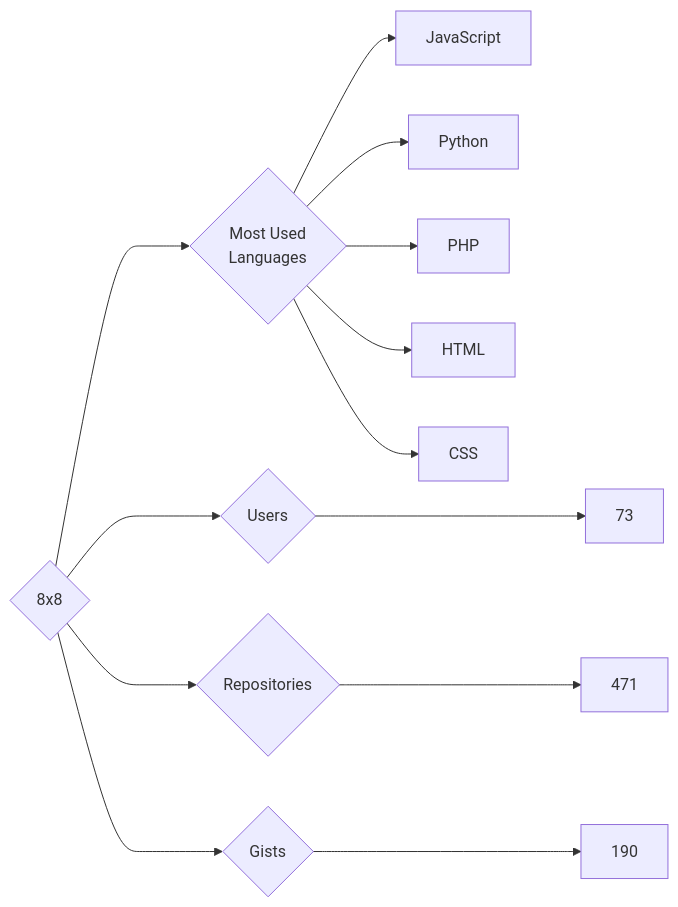
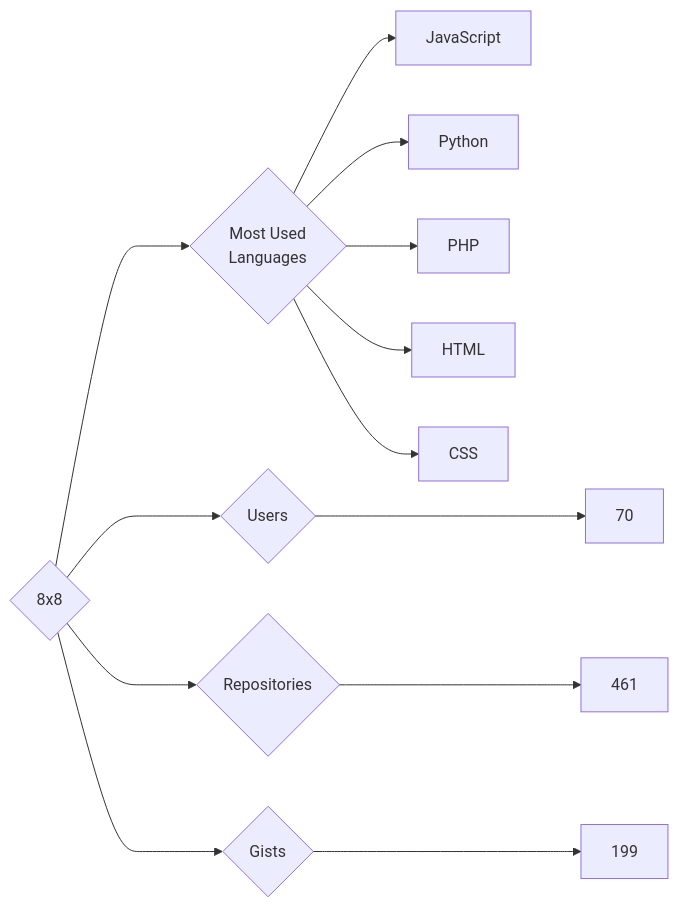
One commit to trickest/insiders changed the diagram in targets/8x8/README.md. Above: the diagram before and after it, drawn with Mermaid. The commit also changed 933 other files, not shown here.

````diff
--- a/targets/8x8/README.md
+++ b/targets/8x8/README.md
@@ -3,13 +3,13 @@
 ```mermaid
 graph LR
 COMPANY_NAME{8x8}
-COMPANY_NAME ---> U{Users} ---> UN[73]
-COMPANY_NAME ---> R{Repositories} ---> RN[471]
-COMPANY_NAME ---> G{Gists} ---> GN[190]
+COMPANY_NAME ---> U{Users} ---> UN[70]
+COMPANY_NAME ---> R{Repositories} ---> RN[461]
+COMPANY_NAME ---> G{Gists} ---> GN[199]
 COMPANY_NAME ---> ML{Most Used<br>Languages}
 ML --> JavaScript[JavaScript]
 ML --> Python[Python]
 ML --> PHP[PHP]
 ML --> HTML[HTML]
 ML --> CSS[CSS]
 ```
````
